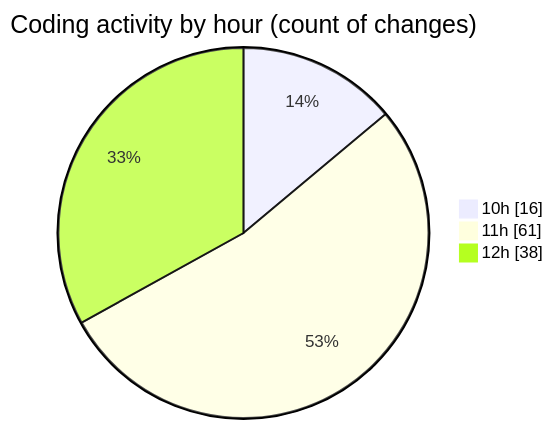
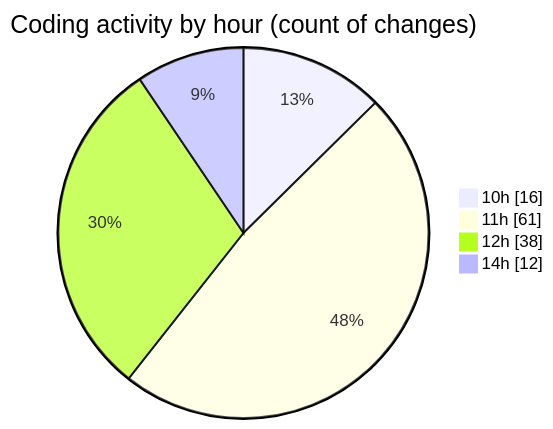
Before and after one commit to momahboobian/code-tracking: the second of 2 diagrams in 2026-07-23/cda/README.md, drawn with Mermaid. The commit also changed other lines of this file and 1 other file, not shown here.

````diff
--- a/2026-07-23/cda/README.md
+++ b/2026-07-23/cda/README.md
@@ -52,7 +52,8 @@
 ```mermaid
 pie showData
 title Coding activity by hour (count of changes)
 "10h" : 16
 "11h" : 61
 "12h" : 38
+"14h" : 12
 ```
````
